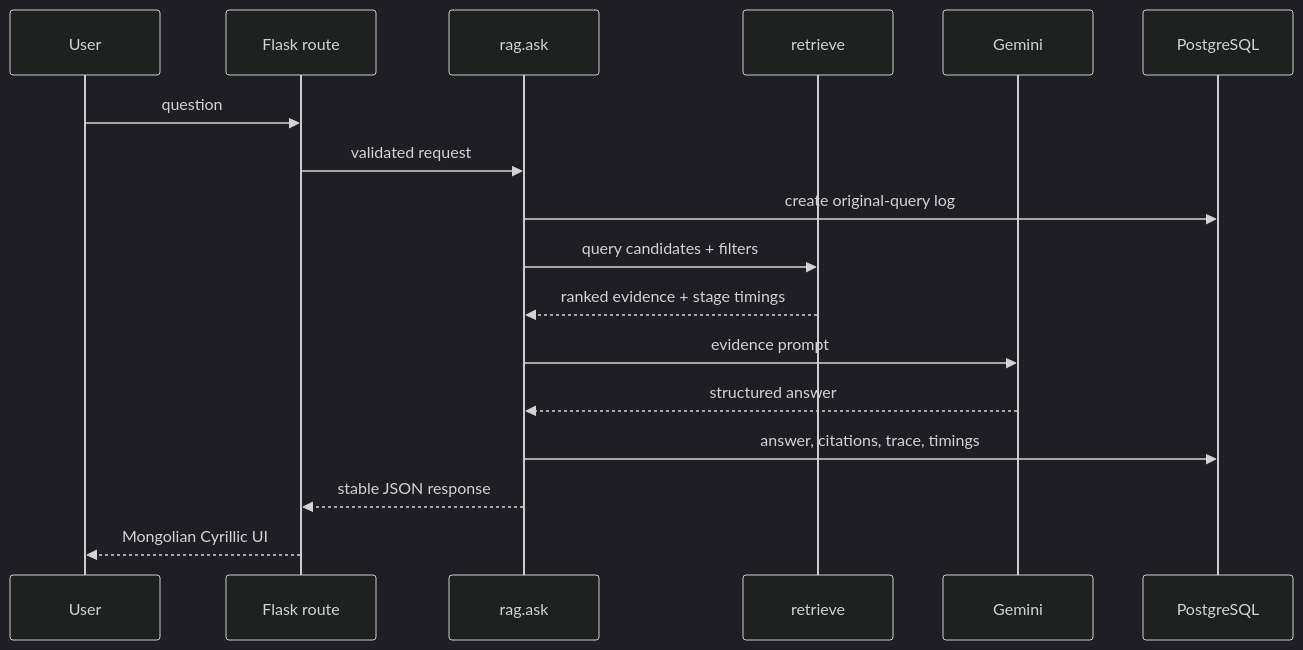
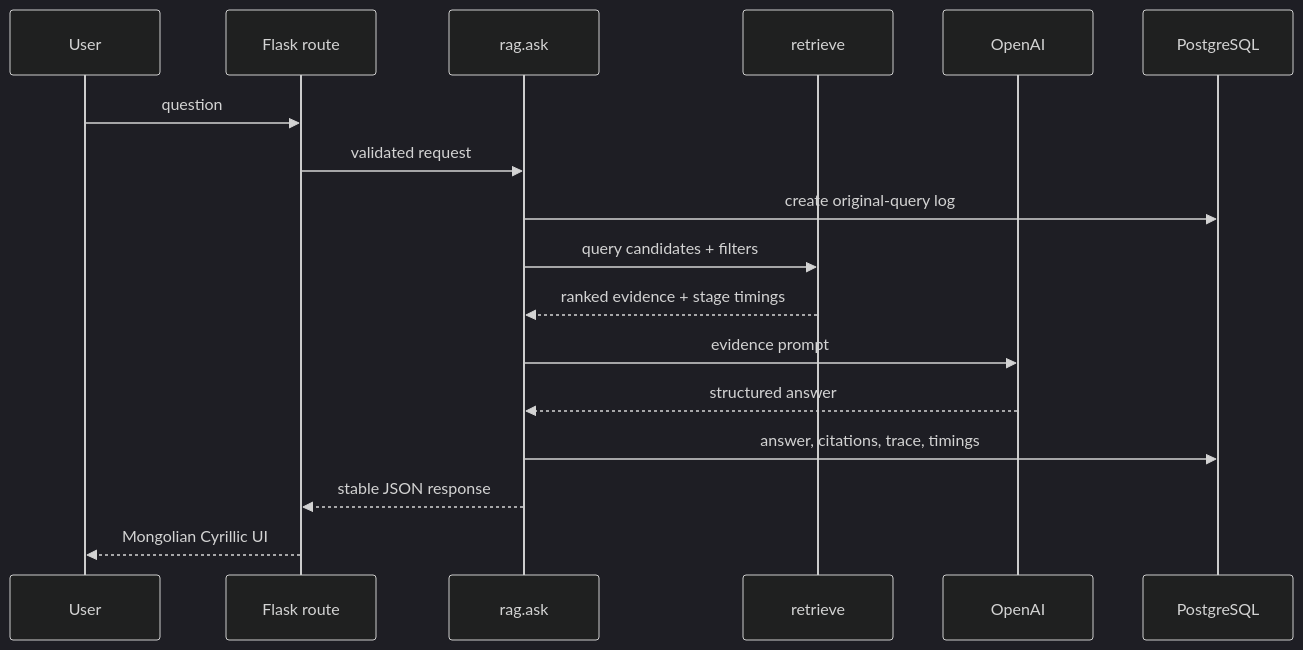
One commit to Dorjnyam/rag_chatbot_try changed the tenth of 15 diagrams in documentation/08-advanced-rag-implementation.md. Above: the diagram before and after it, drawn with Mermaid (dark theme). The commit also changed other lines of this file and 50 other files, not shown here.

````diff
--- a/documentation/08-advanced-rag-implementation.md
+++ b/documentation/08-advanced-rag-implementation.md
@@ -124,19 +124,19 @@
 ```mermaid
 sequenceDiagram
   participant U as User
   participant F as Flask route
   participant A as rag.ask
   participant R as retrieve
-  participant G as Gemini
+  participant G as OpenAI
   participant DB as PostgreSQL
   U->>F: question
   F->>A: validated request
   A->>DB: create original-query log
   A->>R: query candidates + filters
   R-->>A: ranked evidence + stage timings
   A->>G: evidence prompt
   G-->>A: structured answer
   A->>DB: answer, citations, trace, timings
   A-->>F: stable JSON response
   F-->>U: Mongolian Cyrillic UI
 ```
````
